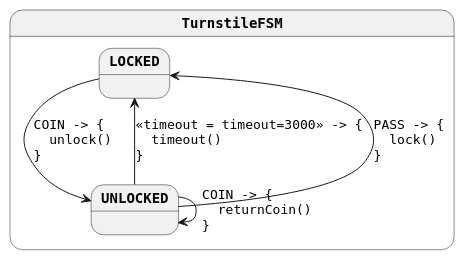
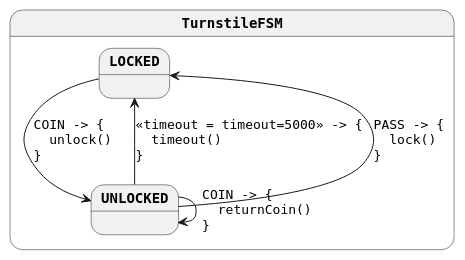
One commit to open-jumpco/kfsm-spring-rest changed the diagram in generated/turnstile.plantuml. Above: the diagram before and after it, drawn with PlantUML. The commit also changed 7 other files, not shown here.

```diff
--- a/generated/turnstile.plantuml
+++ b/generated/turnstile.plantuml
@@ -1,15 +1,15 @@
 @startuml
 skinparam monochrome true
 skinparam StateFontName Helvetica
 skinparam defaultFontName Monospaced
 skinparam defaultFontStyle Bold
 skinparam state {
     FontStyle Bold
 }
 state TurnstileFSM {
 LOCKED --> UNLOCKED : COIN -> {\l  unlock()\l}
-UNLOCKED --> LOCKED : <<timeout = timeout=3000>> -> {\l  timeout()\l}
+UNLOCKED --> LOCKED : <<timeout = timeout=5000>> -> {\l  timeout()\l}
 UNLOCKED --> LOCKED : PASS -> {\l  lock()\l}
 UNLOCKED --> UNLOCKED : COIN -> {\l  returnCoin()\l}
 }
 @enduml
```
